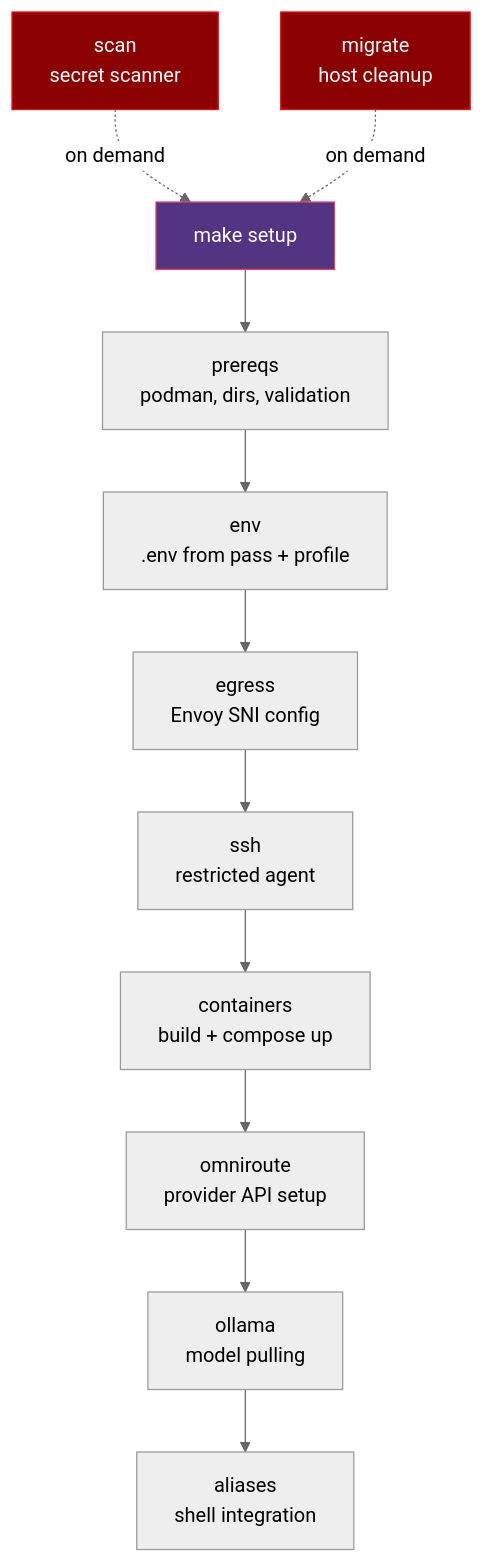
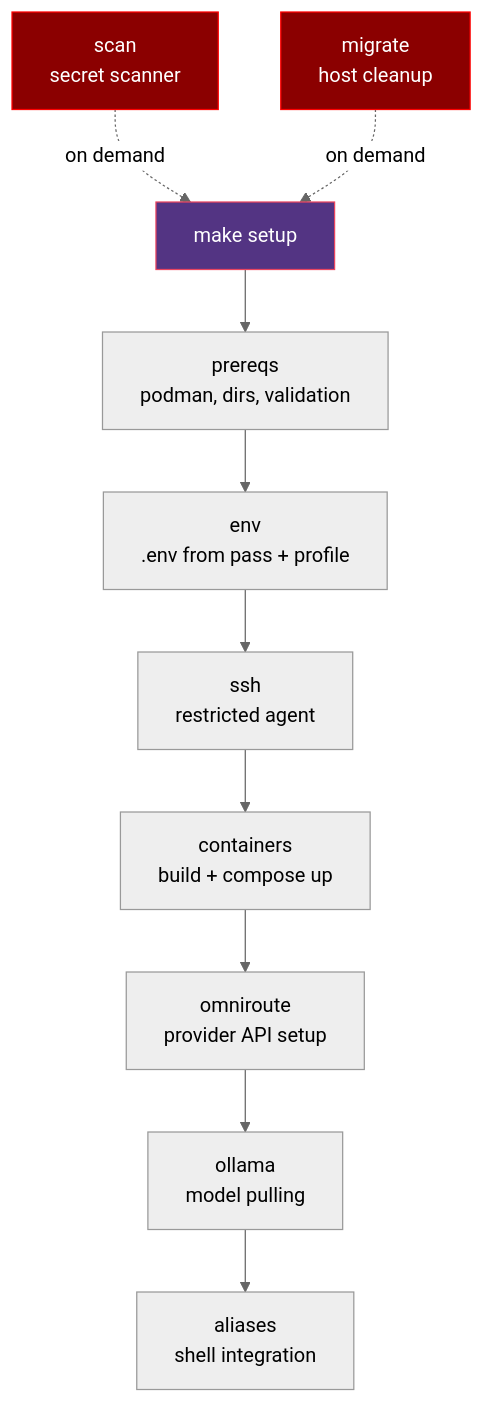
Before and after one commit to dmzoneill/securetty: the fifth of 5 diagrams in README.md, drawn with Mermaid (neutral theme). The commit also changed other lines of this file and 2 other files, not shown here.

Commit message:
docs: update README for rootless, remove egress/dns-relay refs

````diff
--- a/README.md
+++ b/README.md
@@ -231,18 +200,17 @@
 ```mermaid
 flowchart TD
     Setup["make setup"] --> Prereqs["prereqs<br/>podman, dirs, validation"]
     Prereqs --> Env["env<br/>.env from pass + profile"]
-    Env --> Egress["egress<br/>Envoy SNI config"]
-    Egress --> SSH["ssh<br/>restricted agent"]
+    Env --> SSH["ssh<br/>restricted agent"]
     SSH --> Containers["containers<br/>build + compose up"]
     Containers --> OmniRoute["omniroute<br/>provider API setup"]
     OmniRoute --> Ollama["ollama<br/>model pulling"]
     Ollama --> Aliases["aliases<br/>shell integration"]
 
     Scan["scan<br/>secret scanner"] -.->|"on demand"| Setup
     Migrate["migrate<br/>host cleanup"] -.->|"on demand"| Setup
 
     style Setup fill:#533483,stroke:#e94560,color:#fff
     style Scan fill:#8B0000,stroke:#ff0000,color:#fff
     style Migrate fill:#8B0000,stroke:#ff0000,color:#fff
 ```
````
